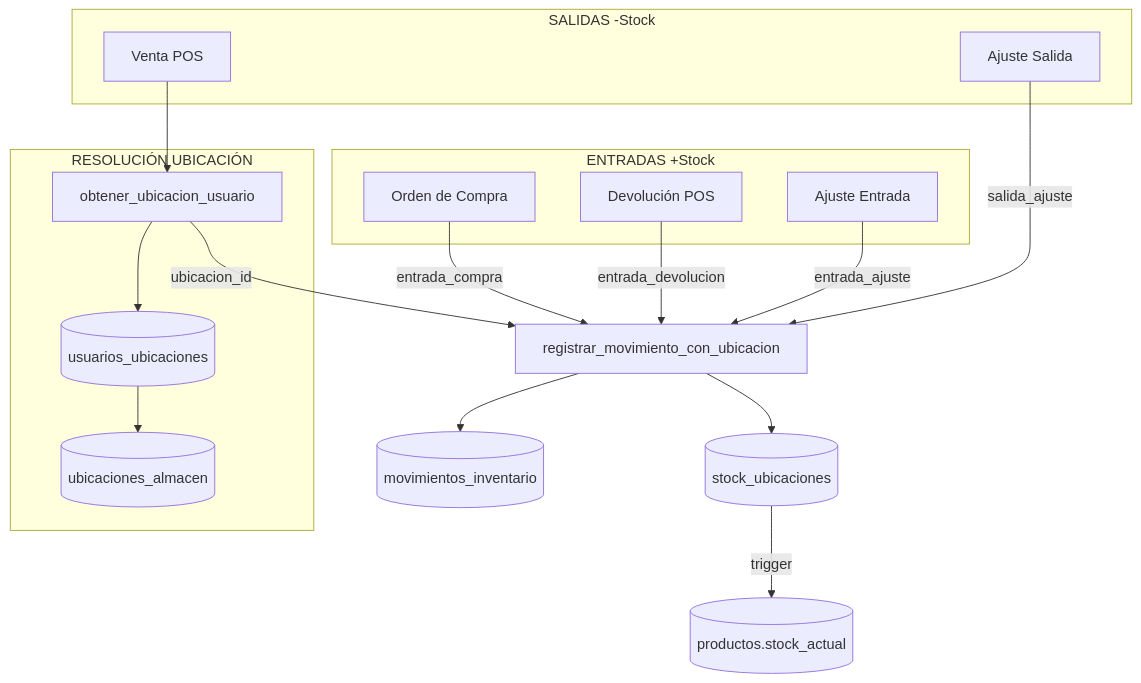
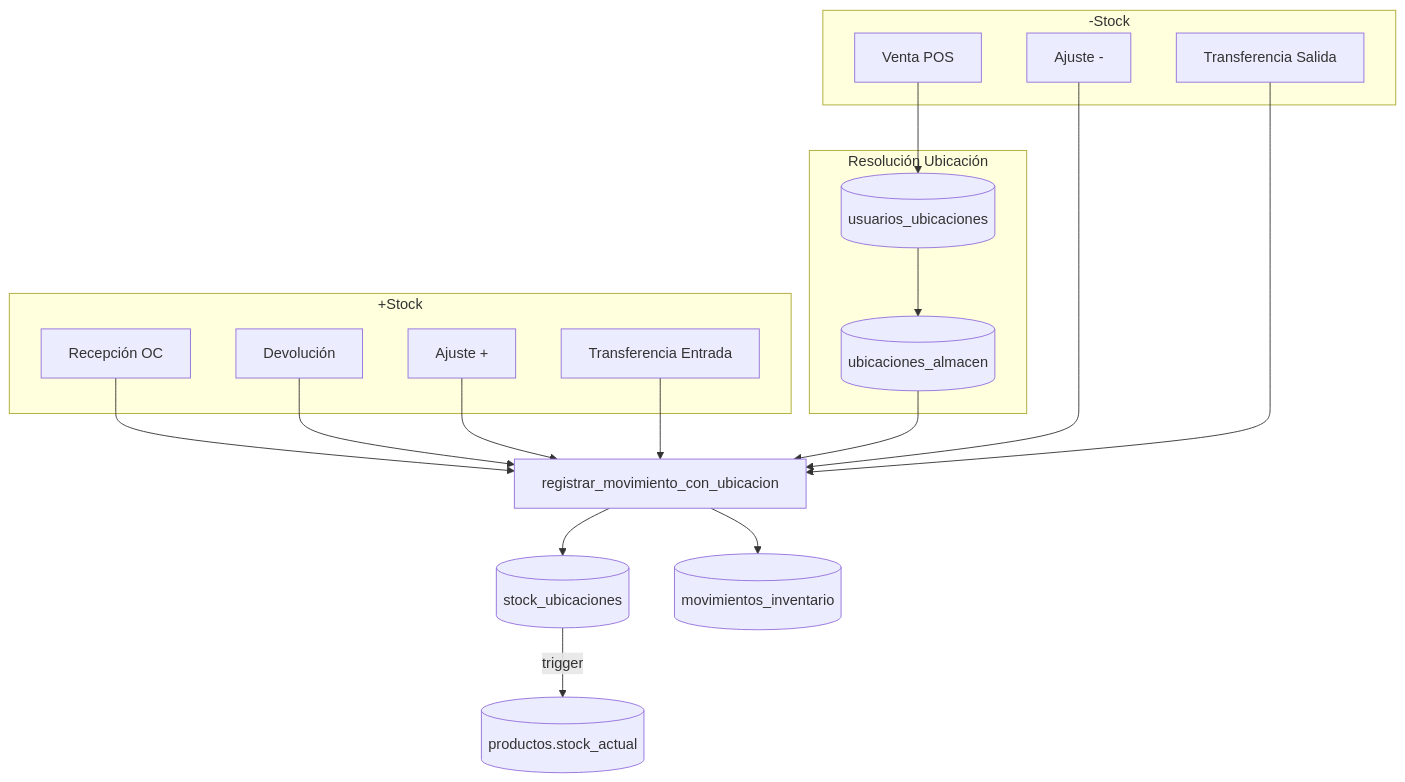
One commit to KikeTorillo/n8nAutomatizaciones changed the diagram in docs/MODULO_INVENTARIO_CONSOLIDACION_STOCK.md. Above: the diagram before and after it, drawn with Mermaid. The commit also changed other lines of this file and 24 other files, not shown here.

````diff
--- a/docs/MODULO_INVENTARIO_CONSOLIDACION_STOCK.md
+++ b/docs/MODULO_INVENTARIO_CONSOLIDACION_STOCK.md
@@ -21,36 +21,38 @@
 ```mermaid
 flowchart TB
-    subgraph ENTRADAS["ENTRADAS +Stock"]
-        OC[Orden de Compra]
-        DEV[Devolución POS]
-        AJE[Ajuste Entrada]
+    subgraph ENTRADAS["+Stock"]
+        OC[Recepción OC]
+        DEV[Devolución]
+        AJE[Ajuste +]
+        TRE[Transferencia Entrada]
     end
 
-    subgraph SALIDAS["SALIDAS -Stock"]
+    subgraph SALIDAS["-Stock"]
         VTA[Venta POS]
-        AJS[Ajuste Salida]
+        AJS[Ajuste -]
+        TRS[Transferencia Salida]
     end
 
-    subgraph WMS["RESOLUCIÓN UBICACIÓN"]
+    subgraph WMS["Resolución Ubicación"]
         UU[(usuarios_ubicaciones)]
         UA[(ubicaciones_almacen)]
-        FN_UB[obtener_ubicacion_usuario]
     end
 
-    OC -->|entrada_compra| FN
-    DEV -->|entrada_devolucion| FN
-    AJE -->|entrada_ajuste| FN
+    OC --> FN
+    DEV --> FN
+    AJE --> FN
+    TRE --> FN
 
-    VTA --> FN_UB
-    FN_UB --> UU
+    VTA --> UU
     UU --> UA
-    FN_UB -->|ubicacion_id| FN
+    UA --> FN
 
-    AJS -->|salida_ajuste| FN
+    AJS --> FN
+    TRS --> FN
 
     FN[registrar_movimiento_con_ubicacion]
 
     FN --> SU[(stock_ubicaciones)]
     FN --> MI[(movimientos_inventario)]
     SU -->|trigger| SP[(productos.stock_actual)]
 ```
````
